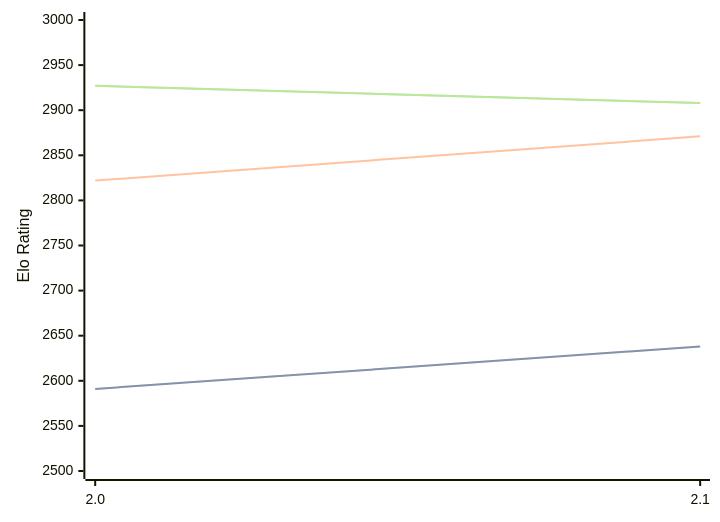
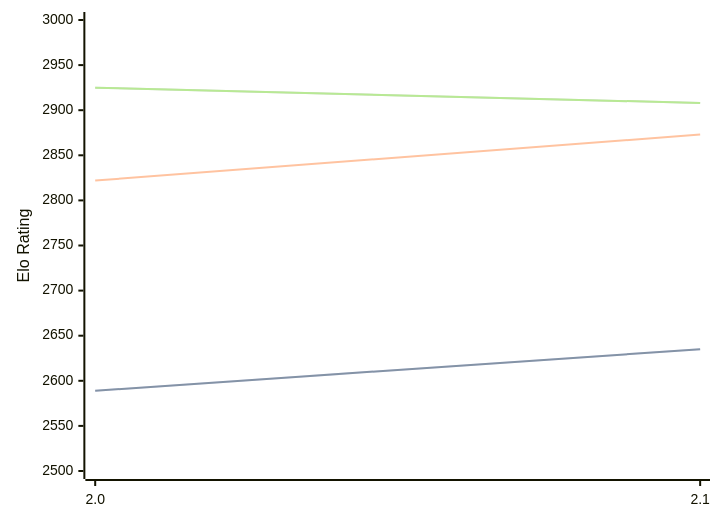
One commit to computer-chess-index/cci changed the diagram in engines/Noggin.md. Above: the diagram before and after it, drawn with Mermaid. The commit also changed other lines of this file, not shown here.

Commit message:
Update CCI Ratings (ELO VLTC) - 2026-07-27

````diff
--- a/engines/Noggin.md
+++ b/engines/Noggin.md
@@ -33,11 +33,11 @@
 ```mermaid
 %%{init: {"theme":"base","themeVariables":{"seriesColors:['#a3a3a3','#222221','#faa371']}}}%%
 xychart-beta
   x-axis ["2.0", "2.1"]
   y-axis "Elo Rating" 2500 --> 3000
-  line "STC (8.0+0.08s)" [2591, 2638]
-  line "STC (8.0+0.08s)" [2591, 2638]
-  line "LTC (60.0+0.60s)" [2822, 2871]
-  line "VLTC (2m24s+1.12s)" [2927, 2908]
-  line "VLTC (2m24s+1.12s)" [2927, 2908]
+  line "STC (8.0+0.08s)" [2589, 2635]
+  line "STC (8.0+0.08s)" [2589, 2635]
+  line "LTC (60.0+0.60s)" [2822, 2873]
+  line "VLTC (2m24s+1.12s)" [2925, 2908]
+  line "VLTC (2m24s+1.12s)" [2925, 2908]
 ```
````
